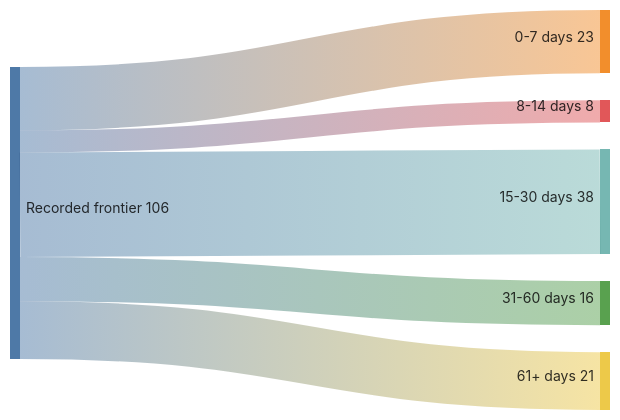
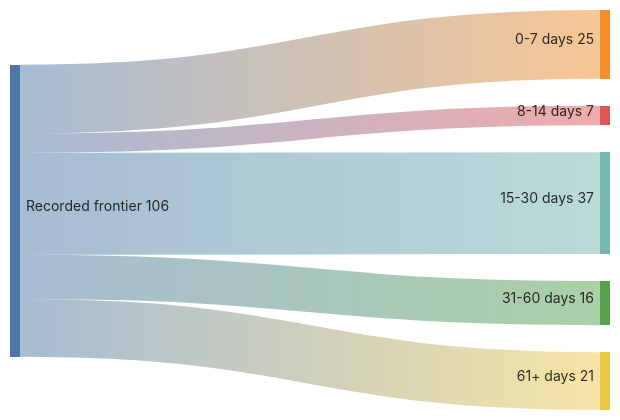
One commit to Armanasq/phd_tracker changed the diagram in docs/diagrams/horizon_sankey.mmd. Above: the diagram before and after it, drawn with Mermaid. The commit also changed 35 other files, not shown here.

```diff
--- a/docs/diagrams/horizon_sankey.mmd
+++ b/docs/diagrams/horizon_sankey.mmd
@@ -1,6 +1,6 @@
 sankey-beta
-Recorded frontier,0-7 days,23
-Recorded frontier,8-14 days,8
-Recorded frontier,15-30 days,38
+Recorded frontier,0-7 days,25
+Recorded frontier,8-14 days,7
+Recorded frontier,15-30 days,37
 Recorded frontier,31-60 days,16
 Recorded frontier,61+ days,21
```
